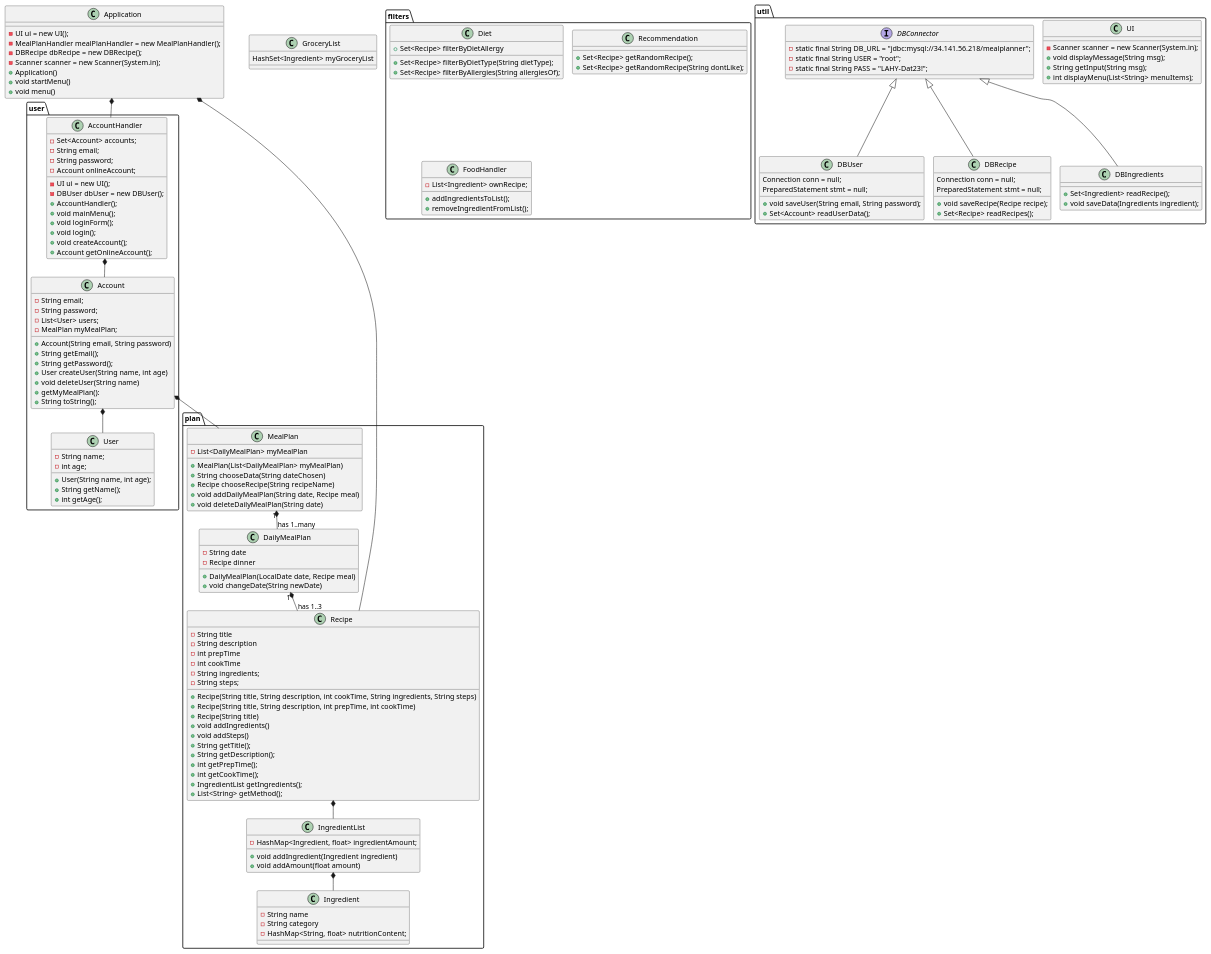
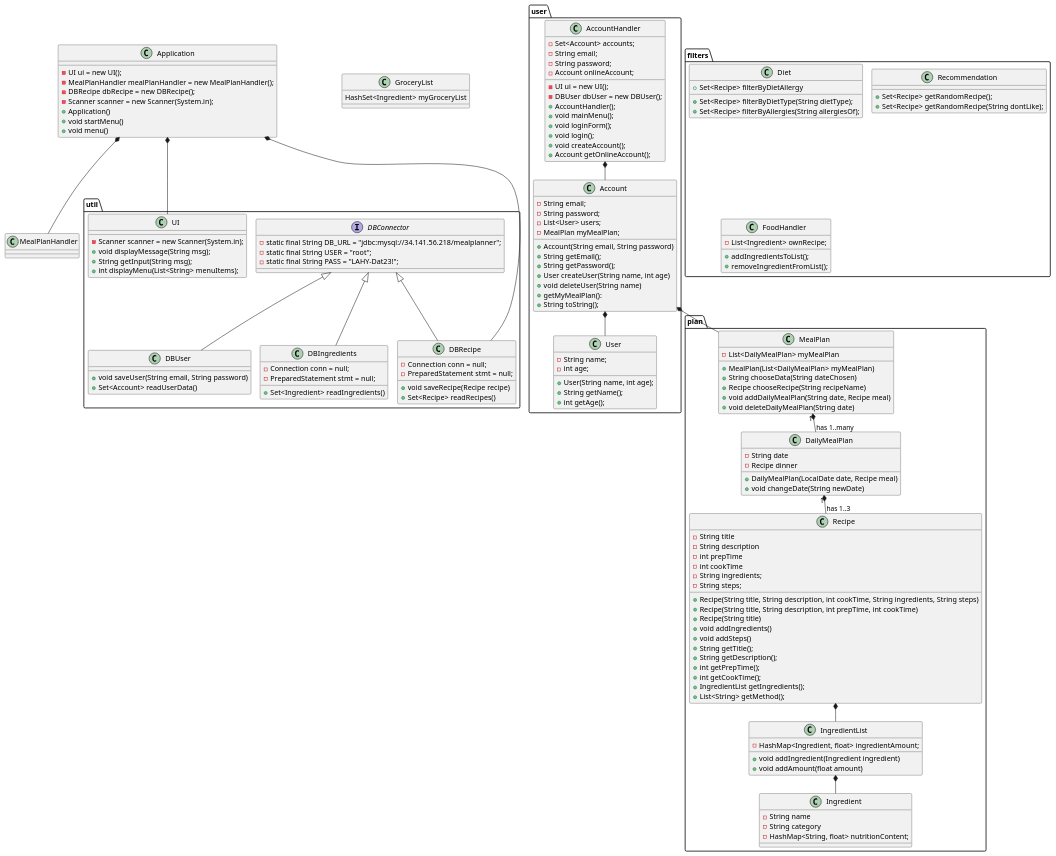
The diagram in Documents/Class Diagram.puml (lassekh/ICE), drawn with PlantUML before and after one commit. The commit also changed 4 other files, not shown here.

```diff
--- a/Documents/Class Diagram.puml
+++ b/Documents/Class Diagram.puml
@@ -1,174 +1,187 @@
 @startuml
 'https://plantuml.com/class-diagram
 !pragma layout smetana
 
 class Application
 
 
 package "user"{
 class Account
 class AccountHandler
 class User
 }
 
 package "plan"{
 class MealPlan
 class DailyMealPlan
 class Recipe
 class IngredientList
 class Ingredient
 }
 
 package "filters"{
 class Diet
 class Recommendation
 class FoodHandler
 }
 
 package "util"{
+interface DBConnector
 class UI
-interface DBConnector
 class DBUser
 class DBRecipe
 class DBIngredients
 }
 
 'Label on relations
-Application *-- AccountHandler
-Application *-- Recipe
+Application *-- UI
+Application *-- MealPlanHandler
+Application *-- DBRecipe
+
 AccountHandler *-- Account
 Account *-- User
 Account *-- MealPlan
 MealPlan "1" *-- "has 1..many" DailyMealPlan
 DailyMealPlan "1" *-- "has 1..3" Recipe
 Recipe *-- IngredientList
 IngredientList *-- Ingredient
 DBConnector <|-- DBUser
 DBConnector <|-- DBRecipe
 DBConnector <|-- DBIngredients
 
 'Methods and attributes
 
 'Attributes
 Application : - UI ui = new UI();
 Application : - MealPlanHandler mealPlanHandler = new MealPlanHandler();
 Application : - DBRecipe dbRecipe = new DBRecipe();
 Application : - Scanner scanner = new Scanner(System.in);
 
 'Constructor
 Application : + Application()
 
 'Methods
 Application : + void startMenu()
 Application : + void menu()
 
 Account : - String email;
 Account : - String password;
 Account : - List<User> users;
 Account : - MealPlan myMealPlan;
 Account : + Account(String email, String password)
 Account : + String getEmail();
 Account : + String getPassword();
 Account : + User createUser(String name, int age)
 Account : + void deleteUser(String name)
 Account : + getMyMealPlan():
 Account : + String toString();
 
 AccountHandler : - Set<Account> accounts;
 AccountHandler : - String email;
 AccountHandler : - String password;
 AccountHandler : - Account onlineAccount;
 AccountHandler : - UI ui = new UI();
 AccountHandler : - DBUser dbUser = new DBUser();
 AccountHandler : + AccountHandler();
 AccountHandler : + void mainMenu();
 AccountHandler : + void loginForm();
 AccountHandler : + void login();
 AccountHandler : + void createAccount();
 AccountHandler : + Account getOnlineAccount();
 
 
 User : - String name;
 User : - int age;
 User : + User(String name, int age);
 User : + String getName();
 User : + int getAge();
 
 MealPlan : - List<DailyMealPlan> myMealPlan
 MealPlan : + MealPlan(List<DailyMealPlan> myMealPlan)
 MealPlan : + String chooseData(String dateChosen)
 MealPlan : + Recipe chooseRecipe(String recipeName)
 MealPlan : + void addDailyMealPlan(String date, Recipe meal)
 MealPlan : + void deleteDailyMealPlan(String date)
 
 DailyMealPlan : - String date
 DailyMealPlan : - Recipe dinner
 DailyMealPlan : + DailyMealPlan(LocalDate date, Recipe meal)
 DailyMealPlan : + void changeDate(String newDate)
 
 Recipe : - String title
 Recipe : - String description
 Recipe : - int prepTime
 Recipe : - int cookTime
 Recipe : - String ingredients;
 Recipe : - String steps;
 Recipe : + Recipe(String title, String description, int cookTime, String ingredients, String steps)
 Recipe : + Recipe(String title, String description, int prepTime, int cookTime)
 Recipe : + Recipe(String title)
 Recipe : + void addIngredients()
 Recipe : + void addSteps()
 Recipe : + String getTitle();
 Recipe : + String getDescription();
 Recipe : + int getPrepTime();
 Recipe : + int getCookTime();
 Recipe : + IngredientList getIngredients();
 Recipe : + List<String> getMethod();
 
 
 IngredientList : - HashMap<Ingredient, float> ingredientAmount;
 IngredientList : + void addIngredient(Ingredient ingredient)
 IngredientList : + void addAmount(float amount)
 
 Ingredient : - String name
 Ingredient : - String category
 Ingredient : - HashMap<String, float> nutritionContent;
 
 GroceryList : HashSet<Ingredient> myGroceryList
 
+'Attributes
 UI : - Scanner scanner = new Scanner(System.in);
+
+'Methods
 UI : + void displayMessage(String msg);
 UI : + String getInput(String msg);
 UI : + int displayMenu(List<String> menuItems);
+
 
 DBConnector : - static final String DB_URL = "jdbc:mysql://34.141.56.218/mealplanner";
 DBConnector : - static final String USER = "root";
 DBConnector : - static final String PASS = "LAHY-Dat23!";
 
-DBUser : Connection conn = null;
-DBUser : PreparedStatement stmt = null;
-DBUser : + void saveUser(String email, String password);
-DBUser : + Set<Account> readUserData();
+'Methods
+DBUser : + void saveUser(String email, String password)
+DBUser : + Set<Account> readUserData()
 
-DBRecipe : Connection conn = null;
-DBRecipe : PreparedStatement stmt = null;
-DBRecipe : + void saveRecipe(Recipe recipe);
-DBRecipe : + Set<Recipe> readRecipes();
+'Attributes
+DBRecipe : - Connection conn = null;
+DBRecipe : - PreparedStatement stmt = null;
 
-DBIngredients : + Set<Ingredient> readRecipe();
-DBIngredients : + void saveData(Ingredients ingredient);
+'Methods
+DBRecipe : + void saveRecipe(Recipe recipe)
+DBRecipe : + Set<Recipe> readRecipes()
+
+'Attributes
+DBIngredients : - Connection conn = null;
+DBIngredients : - PreparedStatement stmt = null;
+
+'Methods
+DBIngredients : + Set<Ingredient> readIngredients()
+
 
 Diet : + Set<Recipe> filterByDietType(String dietType);
 Diet : + Set<Recipe> filterByAllergies(String allergiesOf);
 Diet : + Set<Recipe> filterByDietAllergy
 
 Recommendation : + Set<Recipe> getRandomRecipe();
 Recommendation : + Set<Recipe> getRandomRecipe(String dontLike);
 
 FoodHandler : - List<Ingredient> ownRecipe;
 FoodHandler : + addIngredientsToList();
 FoodHandler : + removeIngredientFromList();
 'User *-- Grocerylist
 'Recipe *-- Diet
 'Recipe *-- DBConnector
 'Ingredient *-- DBConnector
 @enduml
```
